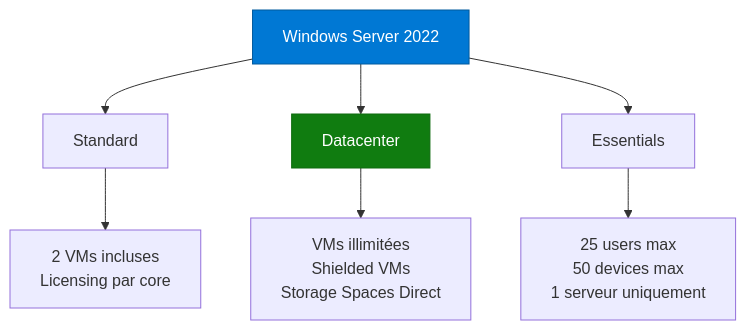
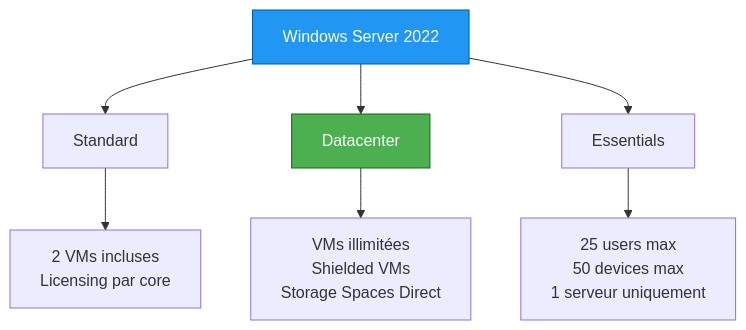
One commit to VBlackJack/ShellBook changed the diagram in docs/formations/windows-mastery/01-decouverte.md. Above: the diagram before and after it, drawn with Mermaid. The commit also changed other lines of this file and 337 other files, not shown here.

First line of the commit message:
refactor(docs): Standardize code blocks and Mermaid colors

````diff
--- a/docs/formations/windows-mastery/01-decouverte.md
+++ b/docs/formations/windows-mastery/01-decouverte.md
@@ -76,13 +76,13 @@
 ```mermaid
 graph TD
     WS[Windows Server 2022] --> STD[Standard]
     WS --> DC[Datacenter]
     WS --> ESS[Essentials]
 
     STD --> STD_F[2 VMs incluses<br/>Licensing par core]
     DC --> DC_F[VMs illimitées<br/>Shielded VMs<br/>Storage Spaces Direct]
     ESS --> ESS_F[25 users max<br/>50 devices max<br/>1 serveur uniquement]
 
-    style WS fill:#0078d4,stroke:#005a9e,color:#fff
-    style DC fill:#107c10,stroke:#0e6b0e,color:#fff
+    style WS fill:#2196F3,stroke:#005a9e,color:#fff
+    style DC fill:#4CAF50,stroke:#0e6b0e,color:#fff
 ```
````
